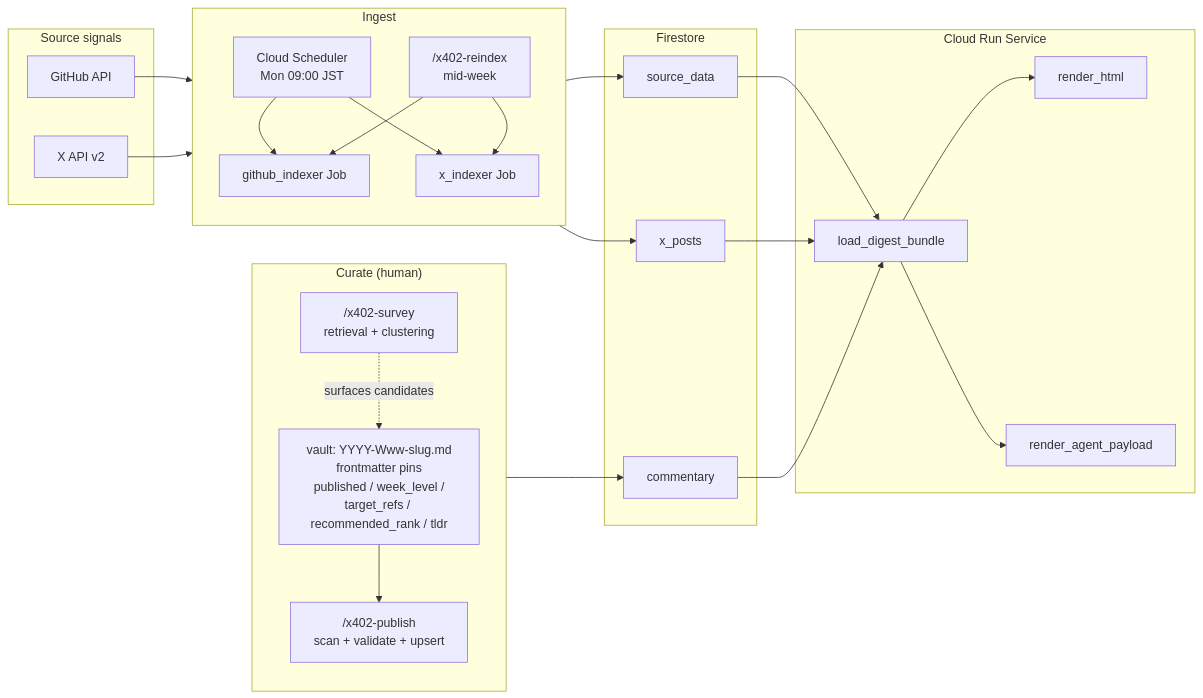
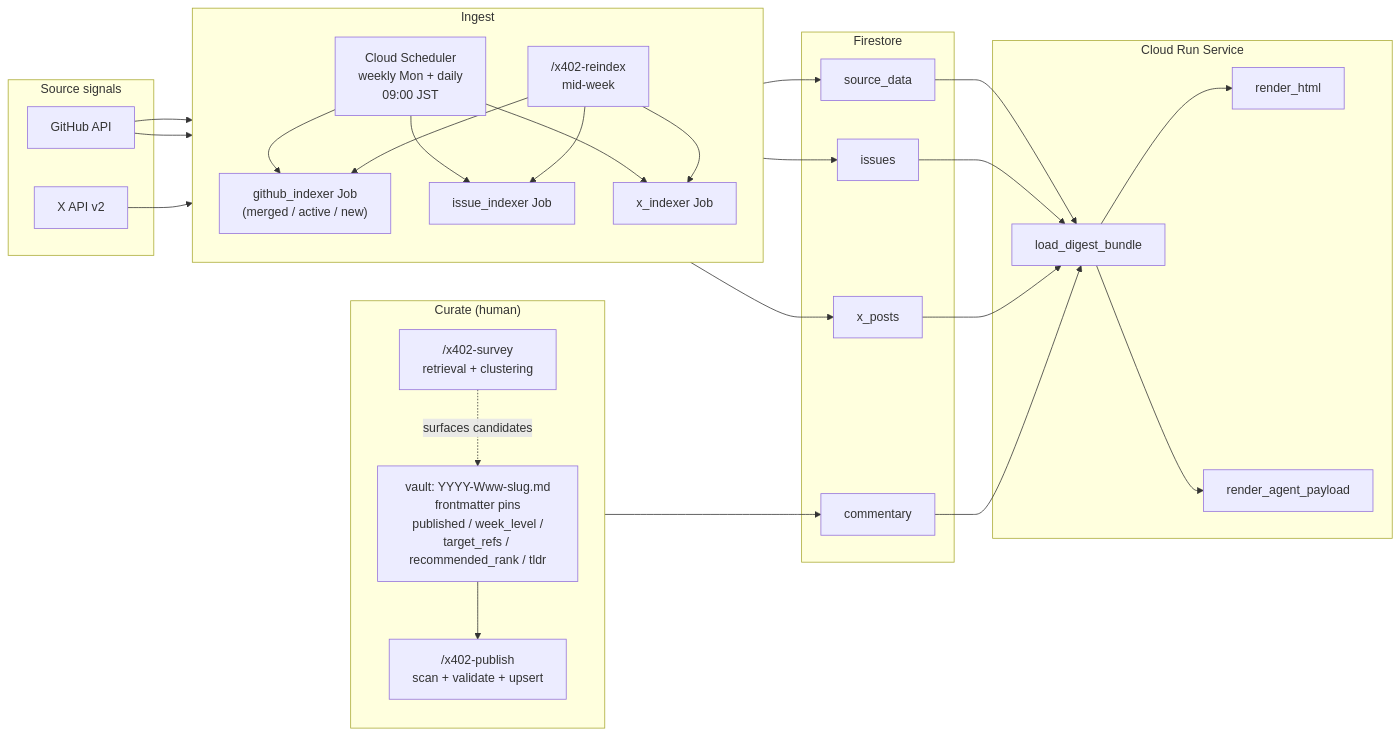
Before and after one commit to shuhei0866/x402-cms: the third of 5 diagrams in docs/architecture.md, drawn with Mermaid. The commit also changed other lines of this file and 3 other files, not shown here.

First line of the commit message:
docs: refresh README + architecture to the shipped state

````diff
--- a/docs/architecture.md
+++ b/docs/architecture.md
@@ -144,50 +166,56 @@
 ```mermaid
 flowchart LR
   subgraph Src["Source signals"]
     GH["GitHub API"]
     XAPI["X API v2"]
   end
 
   subgraph Ingest["Ingest"]
     direction TB
-    Cron["Cloud Scheduler<br/>Mon 09:00 JST"]
+    Cron["Cloud Scheduler<br/>weekly Mon + daily<br/>09:00 JST"]
     Manual["/x402-reindex<br/>mid-week"]
-    GHJob["github_indexer Job"]
+    GHJob["github_indexer Job<br/>(merged / active / new)"]
+    IssJob["issue_indexer Job"]
     XJob["x_indexer Job"]
     Cron --> GHJob
+    Cron --> IssJob
     Cron --> XJob
     Manual --> GHJob
+    Manual --> IssJob
     Manual --> XJob
   end
 
   subgraph Curate["Curate (human)"]
     direction TB
     Survey["/x402-survey<br/>retrieval + clustering"]
     Vault["vault: YYYY-Www-slug.md<br/>frontmatter pins<br/>published / week_level /<br/>target_refs / recommended_rank / tldr"]
     PubSkill["/x402-publish<br/>scan + validate + upsert"]
     Survey -.->|"surfaces candidates"| Vault
     Vault --> PubSkill
   end
 
   subgraph FS["Firestore"]
     Srcd["source_data"]
+    Iss["issues"]
     Xp["x_posts"]
     Cm["commentary"]
   end
 
   subgraph Serve["Cloud Run Service"]
     Bundle["load_digest_bundle"]
     HTML["render_html"]
     JSON["render_agent_payload"]
   end
 
   GH --> GHJob --> Srcd
+  GH --> IssJob --> Iss
   XAPI --> XJob --> Xp
   PubSkill --> Cm
 
   Srcd --> Bundle
+  Iss --> Bundle
   Xp --> Bundle
   Cm --> Bundle
   Bundle --> HTML
   Bundle --> JSON
 ```
````
